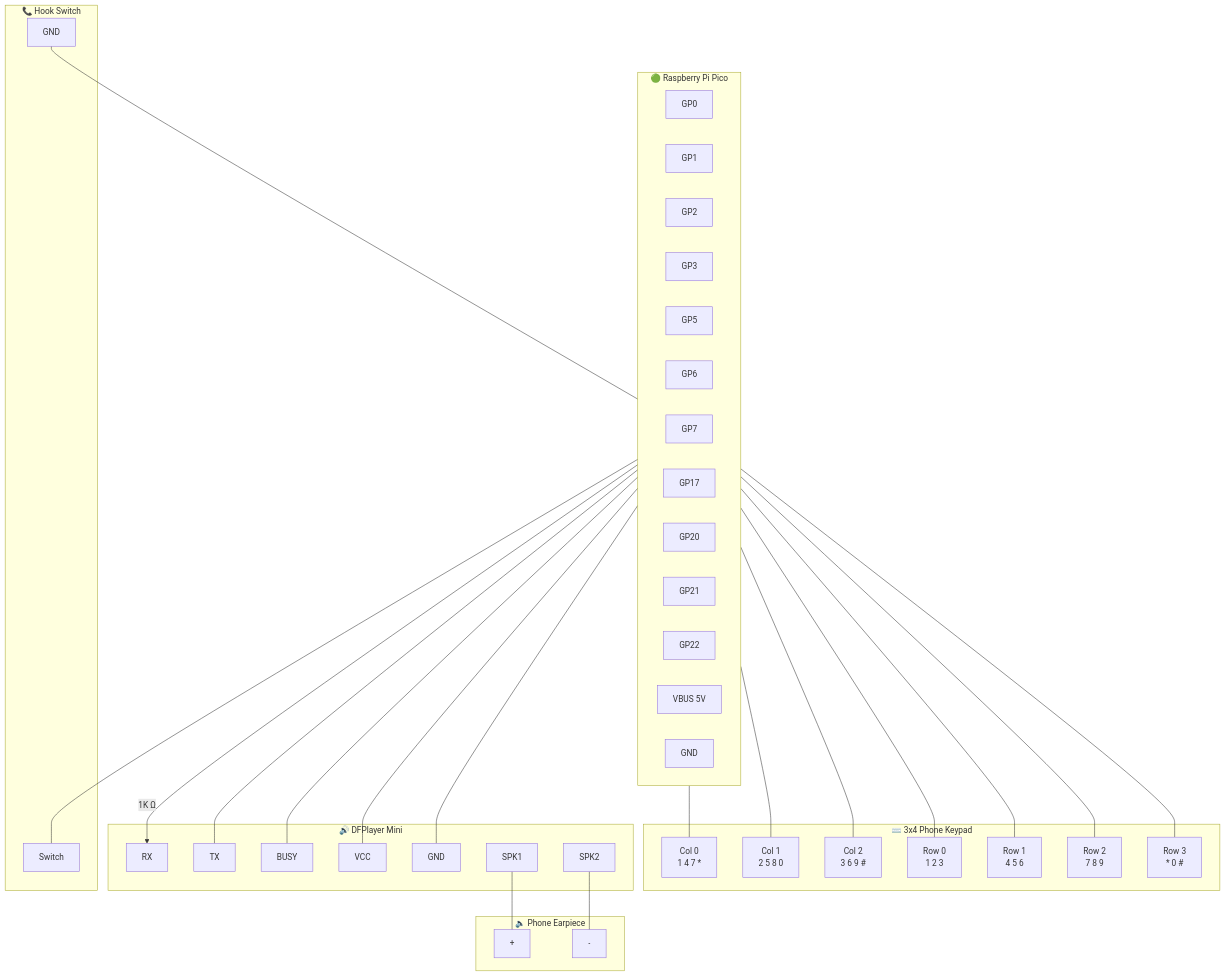
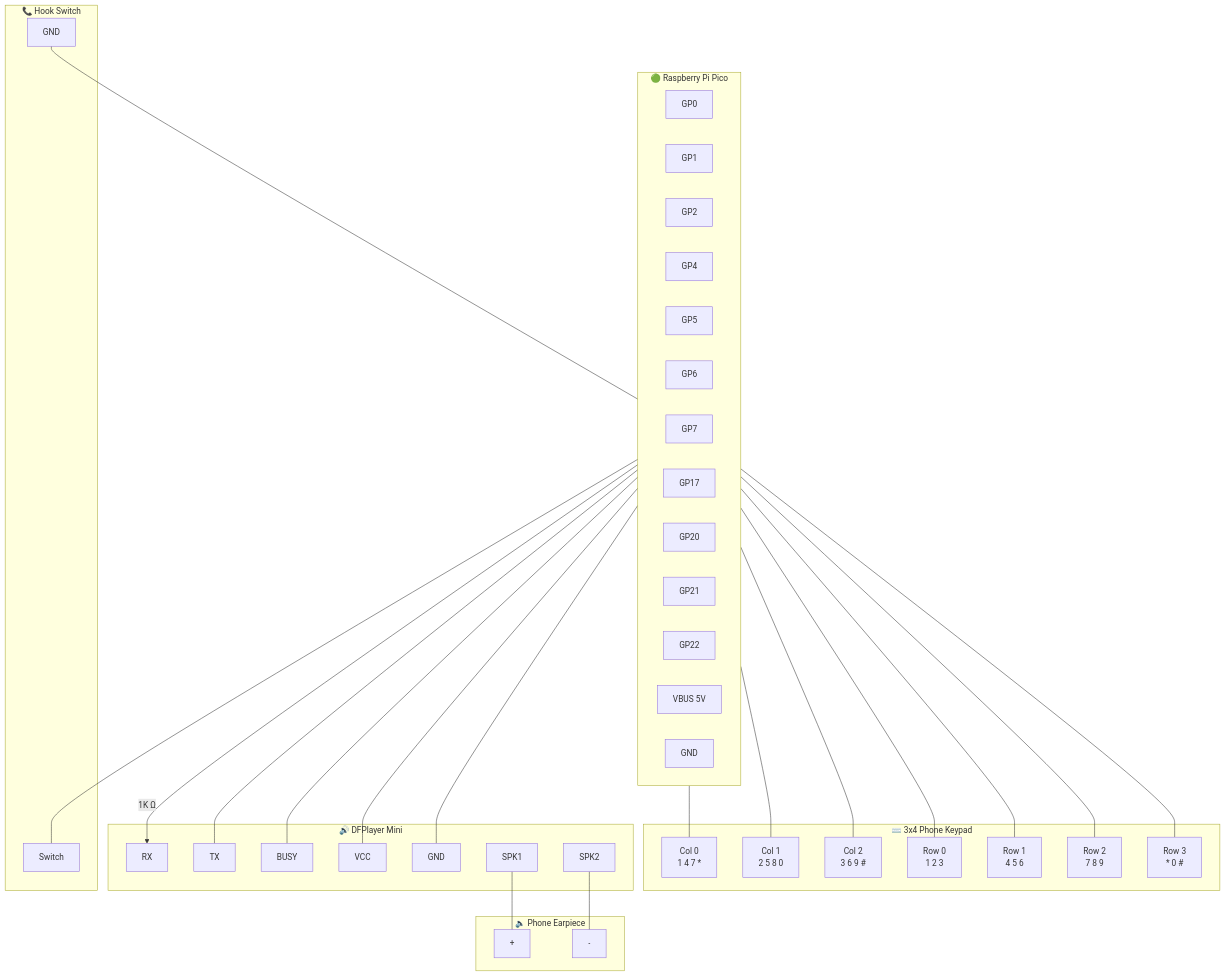
The first of 2 diagrams in README.md (MarioCruz/OMiamiPhone), drawn with Mermaid before and after one commit. The commit also changed other lines of this file and 9 other files, not shown here.

````diff
--- a/README.md
+++ b/README.md
@@ -30,69 +30,69 @@
 ```mermaid
 graph TB
     subgraph PICO["🟢 Raspberry Pi Pico"]
         direction LR
         GP0["GP0"]
         GP1["GP1"]
         GP2["GP2"]
-        GP3["GP3"]
+        GP4["GP4"]
         GP5["GP5"]
         GP6["GP6"]
         GP7["GP7"]
         GP17["GP17"]
         GP20["GP20"]
         GP21["GP21"]
         GP22["GP22"]
         VBUS["VBUS 5V"]
         GND["GND"]
     end
 
     subgraph KEYPAD["⌨️ 3x4 Phone Keypad"]
         COL0["Col 0<br/>1 4 7 *"]
         COL1["Col 1<br/>2 5 8 0"]
         COL2["Col 2<br/>3 6 9 #"]
         ROW0["Row 0<br/>1 2 3"]
         ROW1["Row 1<br/>4 5 6"]
         ROW2["Row 2<br/>7 8 9"]
         ROW3["Row 3<br/>* 0 #"]
     end
 
     subgraph DFPLAYER["🔊 DFPlayer Mini"]
         DFP_RX["RX"]
         DFP_TX["TX"]
         DFP_BUSY["BUSY"]
         DFP_VCC["VCC"]
         DFP_GND["GND"]
         DFP_SPK1["SPK1"]
         DFP_SPK2["SPK2"]
     end
 
     subgraph HOOK["📞 Hook Switch"]
         HOOK_SW["Switch"]
         HOOK_GND["GND"]
     end
 
     subgraph EARPIECE["🔈 Phone Earpiece"]
         EAR_P["+"]
         EAR_N["-"]
     end
 
-    GP0 --- COL0
-    GP1 --- COL1
-    GP2 --- COL2
-    GP6 --- ROW0
-    GP5 --- ROW1
-    GP7 --- ROW2
-    GP3 --- ROW3
+    GP6 --- COL0
+    GP5 --- COL1
+    GP7 --- COL2
+    GP4 --- ROW0
+    GP2 --- ROW1
+    GP1 --- ROW2
+    GP0 --- ROW3
 
     GP20 -->|"1K Ω"| DFP_RX
     GP21 --- DFP_TX
     GP17 --- DFP_BUSY
     VBUS --- DFP_VCC
     GND --- DFP_GND
 
     GP22 --- HOOK_SW
     HOOK_GND --- GND
 
     DFP_SPK1 --- EAR_P
     DFP_SPK2 --- EAR_N
 ```
````
